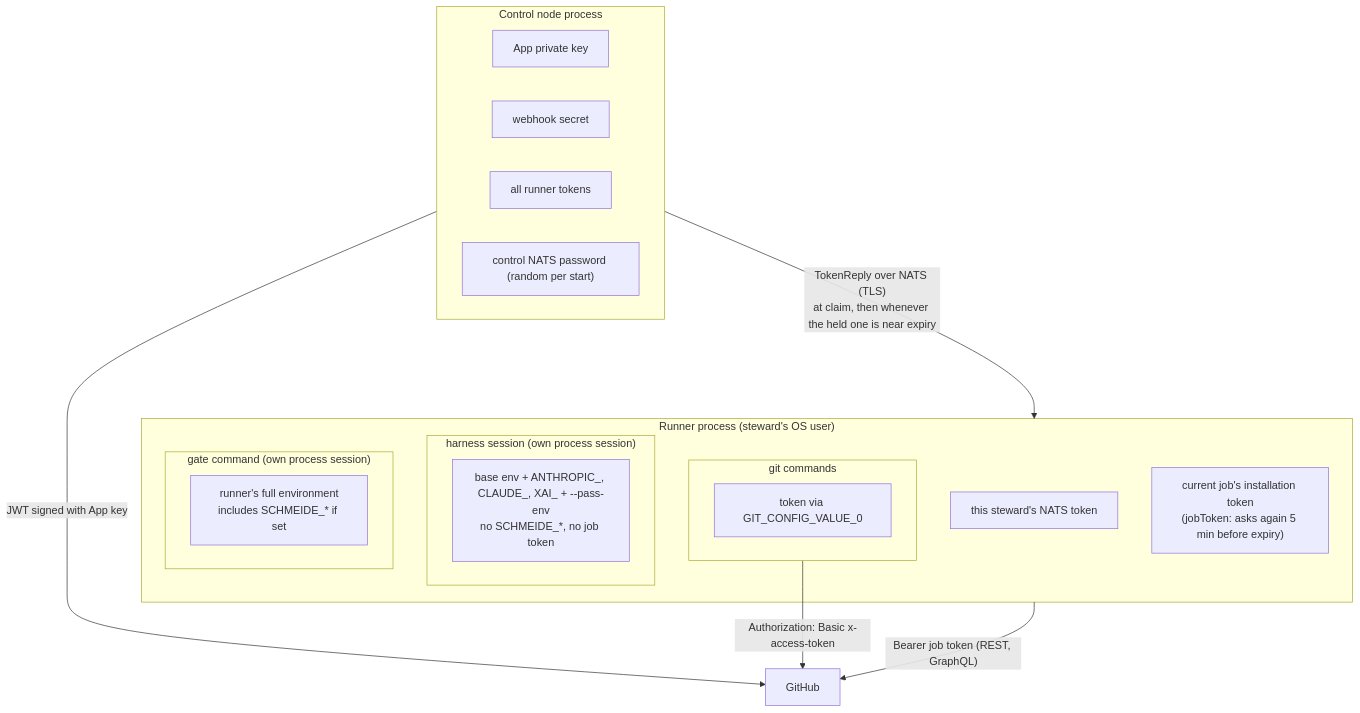
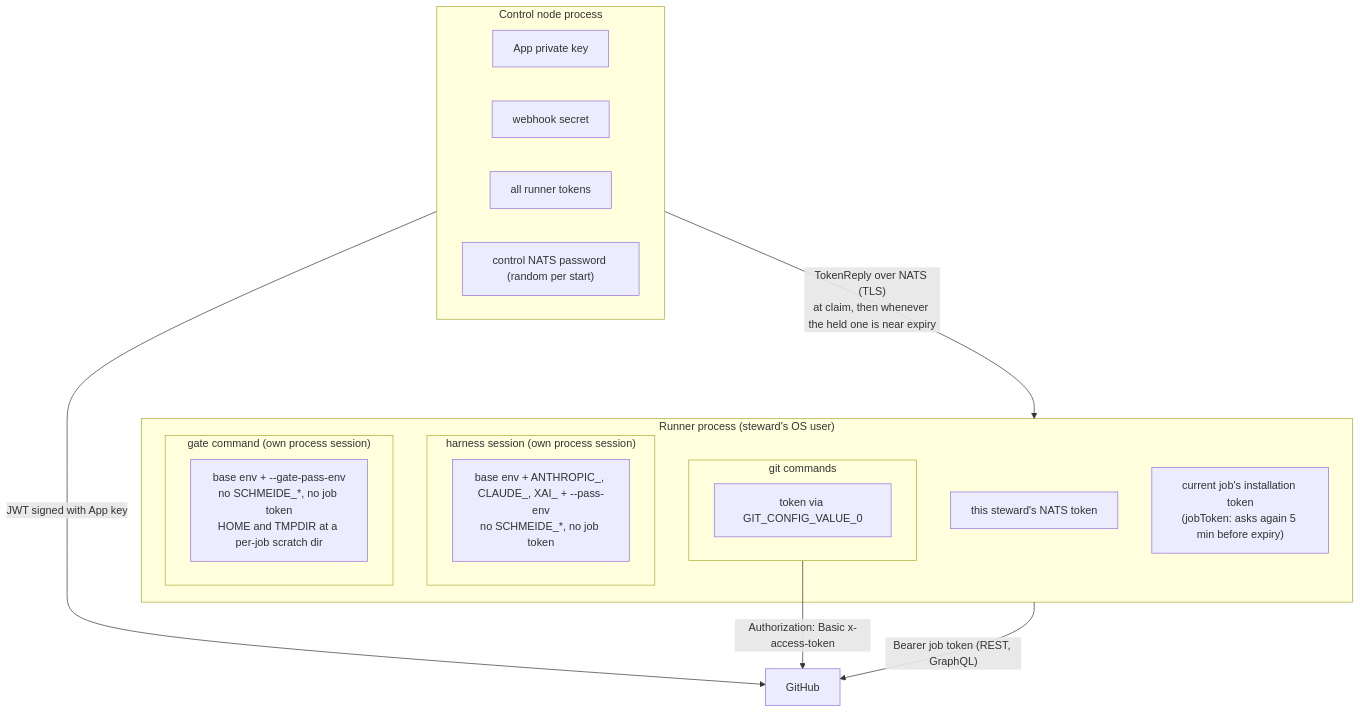
One commit to autobutler-org/schmeide changed the first of 2 diagrams in docs/architecture/credentials.md. Above: the diagram before and after it, drawn with Mermaid. The commit also changed other lines of this file and 13 other files, not shown here.

First line of the commit message:
Locked-down gate environment (#111) (#192)

````diff
--- a/docs/architecture/credentials.md
+++ b/docs/architecture/credentials.md
@@ -8,27 +8,27 @@
 ```mermaid
 flowchart TB
     subgraph ctl["Control node process"]
         key["App private key"]
         wsec["webhook secret"]
         rtok["all runner tokens"]
         cpw["control NATS password (random per start)"]
     end
     subgraph runner["Runner process (steward's OS user)"]
         ntok["this steward's NATS token"]
         jtok["current job's installation token<br/>(jobToken: asks again 5 min before expiry)"]
         subgraph git["git commands"]
             gtok["token via GIT_CONFIG_VALUE_0"]
         end
         subgraph sess["harness session (own process session)"]
             senv["base env + ANTHROPIC_, CLAUDE_, XAI_ + --pass-env<br/>no SCHMEIDE_*, no job token"]
         end
         subgraph gate["gate command (own process session)"]
-            genv["runner's full environment<br/>includes SCHMEIDE_* if set"]
+            genv["base env + --gate-pass-env<br/>no SCHMEIDE_*, no job token<br/>HOME and TMPDIR at a per-job scratch dir"]
         end
     end
     gh["GitHub"]
     ctl -- "JWT signed with App key" --> gh
     ctl -- "TokenReply over NATS (TLS)<br/>at claim, then whenever the held one is near expiry" --> runner
     git -- "Authorization: Basic x-access-token" --> gh
     runner -- "Bearer job token (REST, GraphQL)" --> gh
 ```
````
